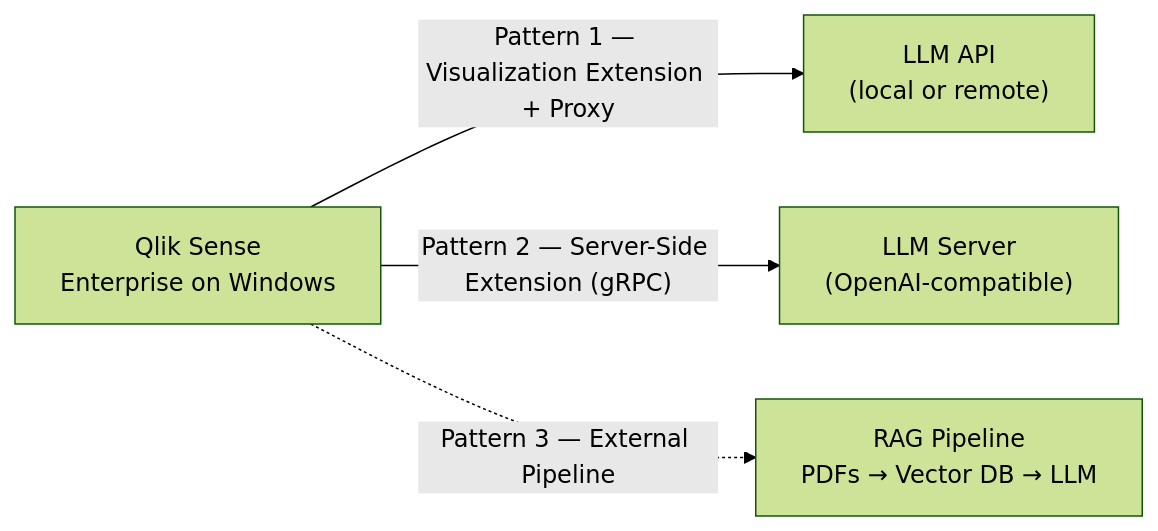
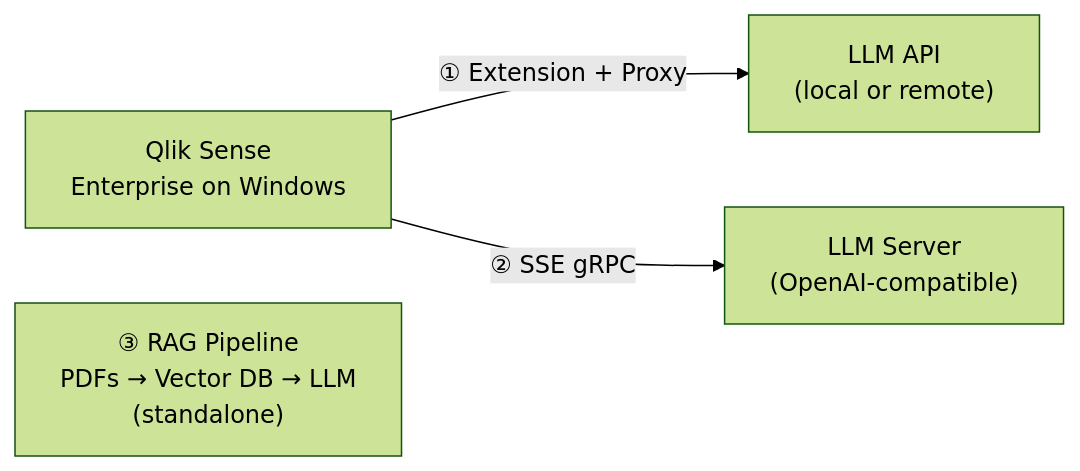
One commit to mabaeyens/qlik-sense-local-llm changed the diagram in README.md. Above: the diagram before and after it, drawn with Mermaid (forest theme). The commit also changed other lines of this file, not shown here.

Commit message:
Fix README: accurate framing for pattern 3 (standalone), fix architecture diagram

````diff
--- a/README.md
+++ b/README.md
@@ -35,8 +35,9 @@
 ```mermaid
 graph LR
     QS["Qlik Sense\nEnterprise on Windows"]
 
-    QS -->|"Pattern 1 — Visualization Extension + Proxy"| P1["LLM API\n(local or remote)"]
-    QS -->|"Pattern 2 — Server-Side Extension (gRPC)"| P2["LLM Server\n(OpenAI-compatible)"]
-    QS -. "Pattern 3 — External Pipeline" .-> P3["RAG Pipeline\nPDFs → Vector DB → LLM"]
+    QS -->|"① Extension + Proxy"| P1["LLM API\n(local or remote)"]
+    QS -->|"② SSE gRPC"| P2["LLM Server\n(OpenAI-compatible)"]
+
+    P3["③ RAG Pipeline\nPDFs → Vector DB → LLM\n(standalone)"]
 ```
````
